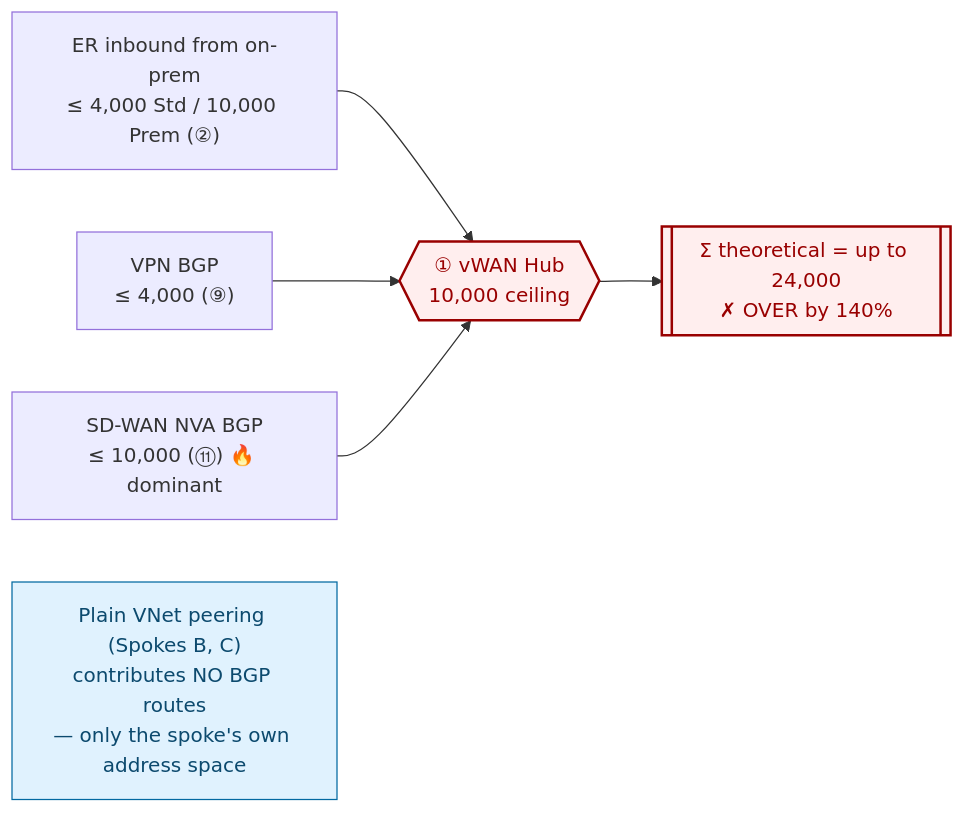
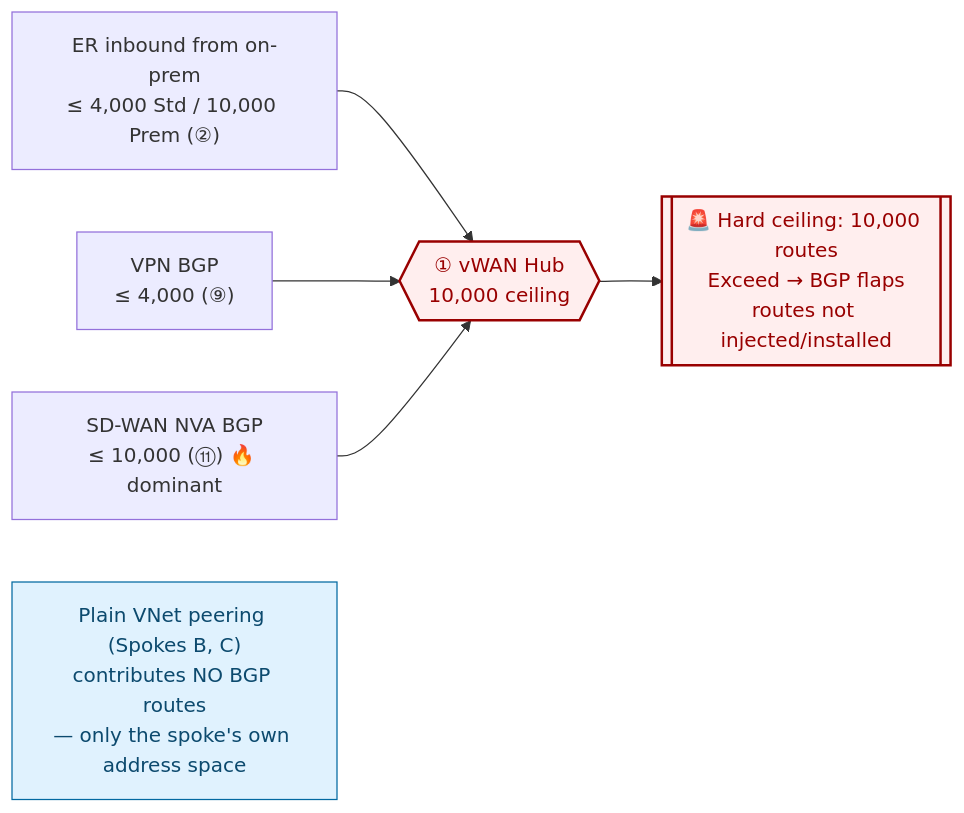
One commit to adtork/vwan-routing-limits changed the second of 3 diagrams in README.md. Above: the diagram before and after it, drawn with Mermaid. The commit also changed other lines of this file, not shown here.

Commit message:
Remove prefix limit from VNet peering label (SDWAN is contention point); clarify 10k hub ceiling causes BGP flap

````diff
--- a/README.md
+++ b/README.md
@@ -94,15 +94,15 @@
 ```mermaid
 flowchart LR
     A["ER inbound from on-prem<br/>≤ 4,000 Std / 10,000 Prem (②)"] --> H{{"① vWAN Hub<br/>10,000 ceiling"}}
     B["VPN BGP<br/>≤ 4,000 (⑨)"] --> H
     C["SD-WAN NVA BGP<br/>≤ 10,000 (⑪) 🔥 dominant"] --> H
 
-    H --> X[["Σ theoretical = up to 24,000<br/>✗ OVER by 140%"]]
+    H --> X[["🚨 Hard ceiling: 10,000 routes<br/>Exceed → BGP flaps<br/>routes not injected/installed"]]
 
     note["Plain VNet peering (Spokes B, C)<br/>contributes NO BGP routes<br/>— only the spoke's own address space"]
 
     classDef danger fill:#fee,stroke:#900,stroke-width:2px,color:#900
     classDef info fill:#e0f2fe,stroke:#0369a1,color:#0c4a6e
     class X,H danger
     class note info
 ```
````
